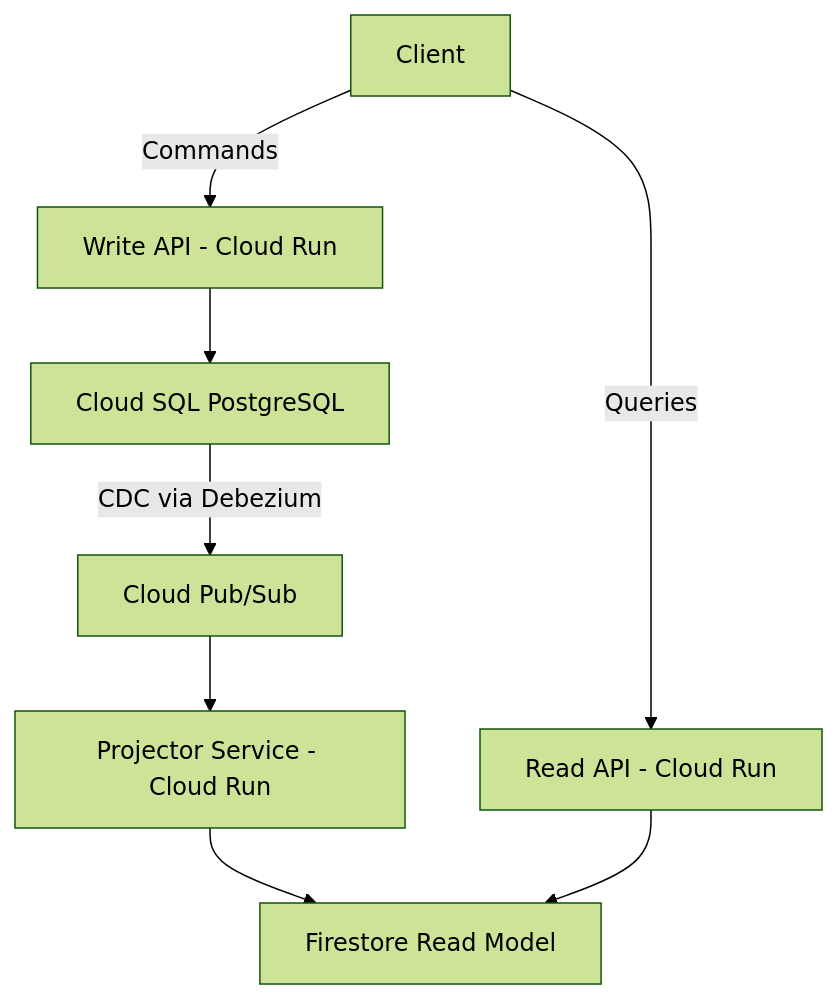
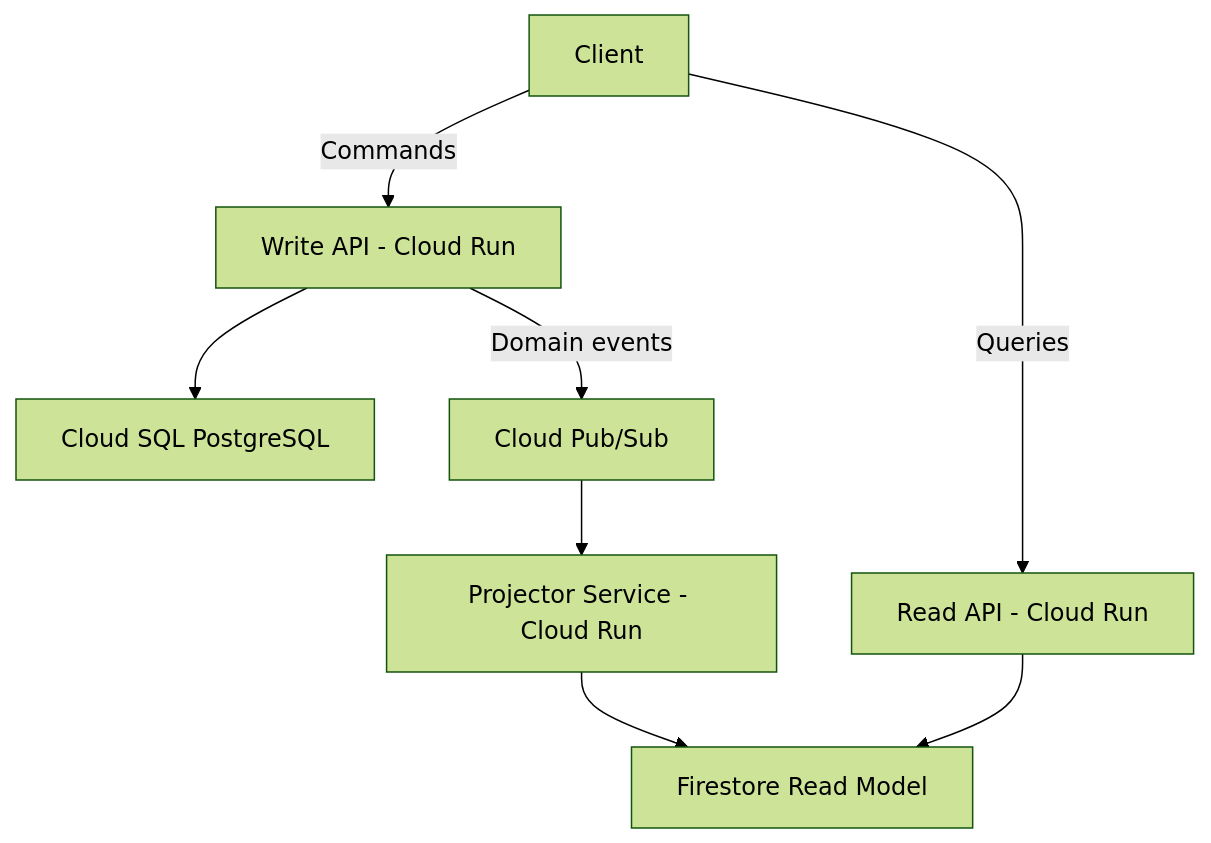
Before and after one commit to OneUptime/blog: the diagram in posts/2026-02-17-how-to-implement-cqrs-on-google-cloud-using-firestore-for-reads-and-cloud-sql-for-writes/README.md, drawn with Mermaid (forest theme). The commit also changed other lines of this file and 2 other files, not shown here.

Commit message:
validate: 2026-02-17-how-to-implement-cqrs-on-google-cloud-using-firestore-for-reads-and-cloud-sql-for-writes

````diff
--- a/posts/2026-02-17-how-to-implement-cqrs-on-google-cloud-using-firestore-for-reads-and-cloud-sql-for-writes/README.md
+++ b/posts/2026-02-17-how-to-implement-cqrs-on-google-cloud-using-firestore-for-reads-and-cloud-sql-for-writes/README.md
@@ -19,10 +19,10 @@
 ```mermaid
 graph TD
     A[Client] -->|Commands| B[Write API - Cloud Run]
     A -->|Queries| C[Read API - Cloud Run]
     B --> D[Cloud SQL PostgreSQL]
-    D -->|CDC via Debezium| E[Cloud Pub/Sub]
+    B -->|Domain events| E[Cloud Pub/Sub]
     E --> F[Projector Service - Cloud Run]
     F --> G[Firestore Read Model]
     C --> G
 ```
````
